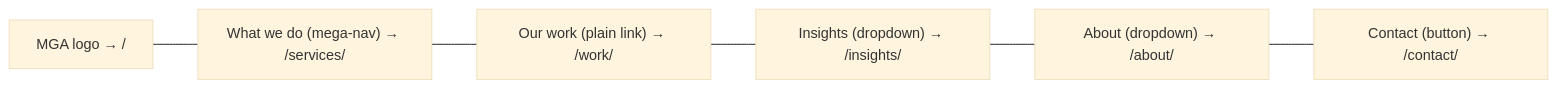
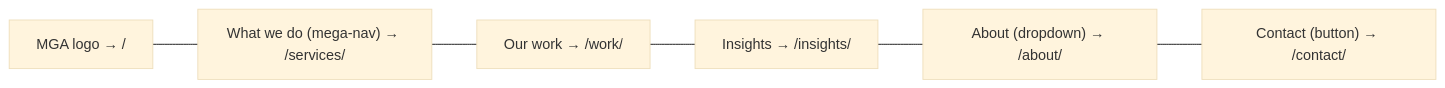
Before and after one commit to gsdd/temp-manifesto-ia: the first of 6 diagrams in docs/diagrams/mega-nav.md, drawn with Mermaid (base theme). The commit also changed other lines of this file and 5 other files, not shown here.

Commit message:
v4 content matrix, wording decisions status, diagrams and README: pillar and quiet lines replace subtitles, service hero lines, intent map points at labels and pages, sector index removed from diagrams

````diff
--- a/docs/diagrams/mega-nav.md
+++ b/docs/diagrams/mega-nav.md
@@ -7,10 +7,10 @@
 ```mermaid
 flowchart LR
     Logo["MGA logo → /"]
     WWD["What we do (mega-nav) → /services/"]
-    Work["Our work (plain link) → /work/"]
-    Insights["Insights (dropdown) → /insights/"]
+    Work["Our work → /work/"]
+    Insights["Insights → /insights/"]
     About["About (dropdown) → /about/"]
     Contact["Contact (button) → /contact/"]
     Logo --- WWD --- Work --- Insights --- About --- Contact
 ```
````
